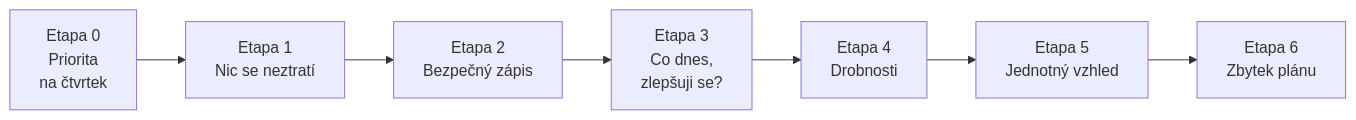
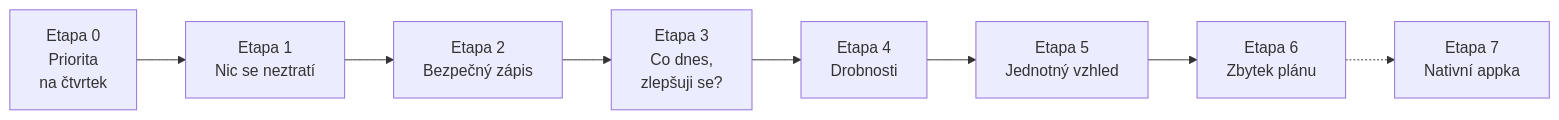
The diagram in docs/plan-vyvoje.md (dt-appdev/workout-denik), drawn with Mermaid before and after one commit. The commit also changed other lines of this file and 1 other file, not shown here.

First line of the commit message:
Plán: Fáze 6 Nativní appka (F6-01 až F6-05)

````diff
--- a/docs/plan-vyvoje.md
+++ b/docs/plan-vyvoje.md
@@ -52,9 +52,10 @@
 ```mermaid
 flowchart LR
   E0[Etapa 0<br/>Priorita<br/>na čtvrtek] --> E1[Etapa 1<br/>Nic se neztratí]
   E1 --> E2[Etapa 2<br/>Bezpečný zápis]
   E2 --> E3[Etapa 3<br/>Co dnes,<br/>zlepšuji se?]
   E3 --> E4[Etapa 4<br/>Drobnosti]
   E4 --> E5[Etapa 5<br/>Jednotný vzhled]
   E5 --> E6[Etapa 6<br/>Zbytek plánu]
+  E6 -.-> E7[Etapa 7<br/>Nativní appka]
 ```
````
